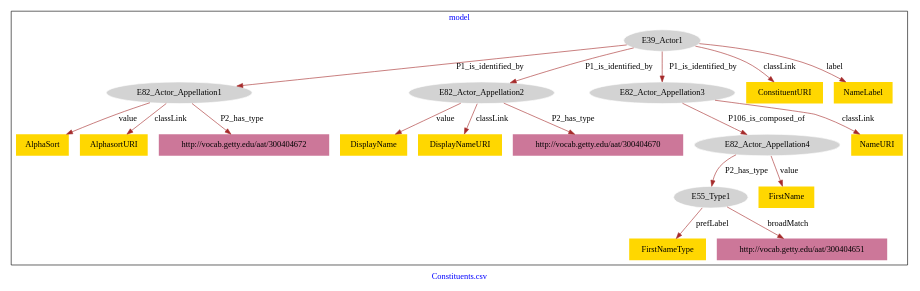
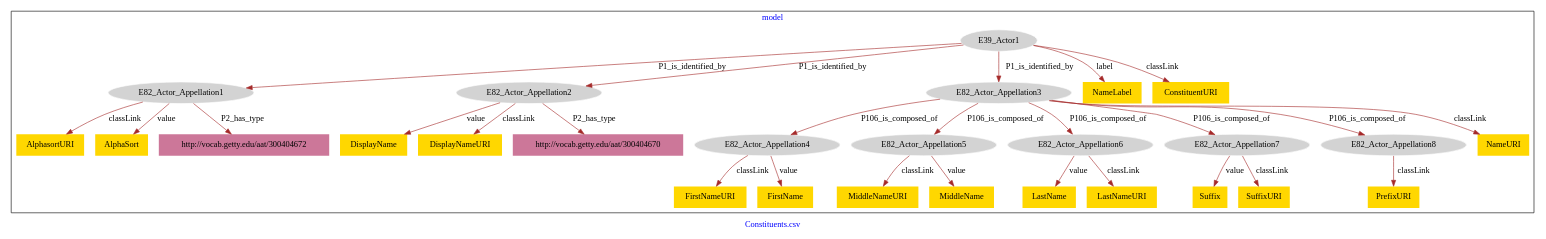
One commit to american-art/GM changed the diagram in Constituents/Constituents-model.dot. Above: the diagram before and after it, drawn with Graphviz.

Commit message:
Update file Constituents-model.dot

```diff
--- a/Constituents/Constituents-model.dot
+++ b/Constituents/Constituents-model.dot
@@ -1,43 +1,61 @@
 digraph n0 {
 fontcolor="blue"
 remincross="true"
 label="Constituents.csv"
 subgraph cluster {
 label="model"
 n2[style="filled",color="white",fillcolor="lightgray",label="E39_Actor1"];
 n3[style="filled",color="white",fillcolor="lightgray",label="E82_Actor_Appellation1"];
 n4[style="filled",color="white",fillcolor="lightgray",label="E82_Actor_Appellation2"];
 n5[style="filled",color="white",fillcolor="lightgray",label="E82_Actor_Appellation3"];
 n6[style="filled",color="white",fillcolor="lightgray",label="E82_Actor_Appellation4"];
-n7[style="filled",color="white",fillcolor="lightgray",label="E55_Type1"];
-n8[shape="plaintext",style="filled",fillcolor="gold",label="ConstituentURI"];
-n9[shape="plaintext",style="filled",fillcolor="gold",label="AlphaSort"];
-n10[shape="plaintext",style="filled",fillcolor="gold",label="NameURI"];
-n11[shape="plaintext",style="filled",fillcolor="gold",label="FirstNameType"];
-n12[shape="plaintext",style="filled",fillcolor="gold",label="NameLabel"];
+n7[style="filled",color="white",fillcolor="lightgray",label="E82_Actor_Appellation5"];
+n8[style="filled",color="white",fillcolor="lightgray",label="E82_Actor_Appellation6"];
+n9[style="filled",color="white",fillcolor="lightgray",label="E82_Actor_Appellation7"];
+n10[style="filled",color="white",fillcolor="lightgray",label="E82_Actor_Appellation8"];
+n11[shape="plaintext",style="filled",fillcolor="gold",label="NameLabel"];
+n12[shape="plaintext",style="filled",fillcolor="gold",label="NameURI"];
 n13[shape="plaintext",style="filled",fillcolor="gold",label="DisplayName"];
 n14[shape="plaintext",style="filled",fillcolor="gold",label="DisplayNameURI"];
-n15[shape="plaintext",style="filled",fillcolor="gold",label="AlphasortURI"];
-n16[shape="plaintext",style="filled",fillcolor="gold",label="FirstName"];
-n17[shape="plaintext",style="filled",fillcolor="#CC7799",label="http://vocab.getty.edu/aat/300404672"];
-n18[shape="plaintext",style="filled",fillcolor="#CC7799",label="http://vocab.getty.edu/aat/300404651"];
-n19[shape="plaintext",style="filled",fillcolor="#CC7799",label="http://vocab.getty.edu/aat/300404670"];
+n15[shape="plaintext",style="filled",fillcolor="gold",label="MiddleNameURI"];
+n16[shape="plaintext",style="filled",fillcolor="gold",label="LastName"];
+n17[shape="plaintext",style="filled",fillcolor="gold",label="LastNameURI"];
+n18[shape="plaintext",style="filled",fillcolor="gold",label="FirstNameURI"];
+n19[shape="plaintext",style="filled",fillcolor="gold",label="Suffix"];
+n20[shape="plaintext",style="filled",fillcolor="gold",label="SuffixURI"];
+n21[shape="plaintext",style="filled",fillcolor="gold",label="FirstName"];
+n22[shape="plaintext",style="filled",fillcolor="gold",label="AlphasortURI"];
+n23[shape="plaintext",style="filled",fillcolor="gold",label="ConstituentURI"];
+n24[shape="plaintext",style="filled",fillcolor="gold",label="AlphaSort"];
+n25[shape="plaintext",style="filled",fillcolor="gold",label="PrefixURI"];
+n26[shape="plaintext",style="filled",fillcolor="gold",label="MiddleName"];
+n27[shape="plaintext",style="filled",fillcolor="#CC7799",label="http://vocab.getty.edu/aat/300404672"];
+n28[shape="plaintext",style="filled",fillcolor="#CC7799",label="http://vocab.getty.edu/aat/300404670"];
 }
 n2 -> n3[color="brown",fontcolor="black",label="P1_is_identified_by"]
 n2 -> n4[color="brown",fontcolor="black",label="P1_is_identified_by"]
 n2 -> n5[color="brown",fontcolor="black",label="P1_is_identified_by"]
 n5 -> n6[color="brown",fontcolor="black",label="P106_is_composed_of"]
-n6 -> n7[color="brown",fontcolor="black",label="P2_has_type"]
-n2 -> n8[color="brown",fontcolor="black",label="classLink"]
-n3 -> n9[color="brown",fontcolor="black",label="value"]
-n5 -> n10[color="brown",fontcolor="black",label="classLink"]
-n7 -> n11[color="brown",fontcolor="black",label="prefLabel"]
-n2 -> n12[color="brown",fontcolor="black",label="label"]
+n5 -> n7[color="brown",fontcolor="black",label="P106_is_composed_of"]
+n5 -> n8[color="brown",fontcolor="black",label="P106_is_composed_of"]
+n5 -> n9[color="brown",fontcolor="black",label="P106_is_composed_of"]
+n5 -> n10[color="brown",fontcolor="black",label="P106_is_composed_of"]
+n2 -> n11[color="brown",fontcolor="black",label="label"]
+n5 -> n12[color="brown",fontcolor="black",label="classLink"]
 n4 -> n13[color="brown",fontcolor="black",label="value"]
 n4 -> n14[color="brown",fontcolor="black",label="classLink"]
-n3 -> n15[color="brown",fontcolor="black",label="classLink"]
-n6 -> n16[color="brown",fontcolor="black",label="value"]
-n3 -> n17[color="brown",fontcolor="black",label="P2_has_type"]
-n7 -> n18[color="brown",fontcolor="black",label="broadMatch"]
-n4 -> n19[color="brown",fontcolor="black",label="P2_has_type"]
+n7 -> n15[color="brown",fontcolor="black",label="classLink"]
+n8 -> n16[color="brown",fontcolor="black",label="value"]
+n8 -> n17[color="brown",fontcolor="black",label="classLink"]
+n6 -> n18[color="brown",fontcolor="black",label="classLink"]
+n9 -> n19[color="brown",fontcolor="black",label="value"]
+n9 -> n20[color="brown",fontcolor="black",label="classLink"]
+n6 -> n21[color="brown",fontcolor="black",label="value"]
+n3 -> n22[color="brown",fontcolor="black",label="classLink"]
+n2 -> n23[color="brown",fontcolor="black",label="classLink"]
+n3 -> n24[color="brown",fontcolor="black",label="value"]
+n10 -> n25[color="brown",fontcolor="black",label="classLink"]
+n7 -> n26[color="brown",fontcolor="black",label="value"]
+n3 -> n27[color="brown",fontcolor="black",label="P2_has_type"]
+n4 -> n28[color="brown",fontcolor="black",label="P2_has_type"]
 }
```
